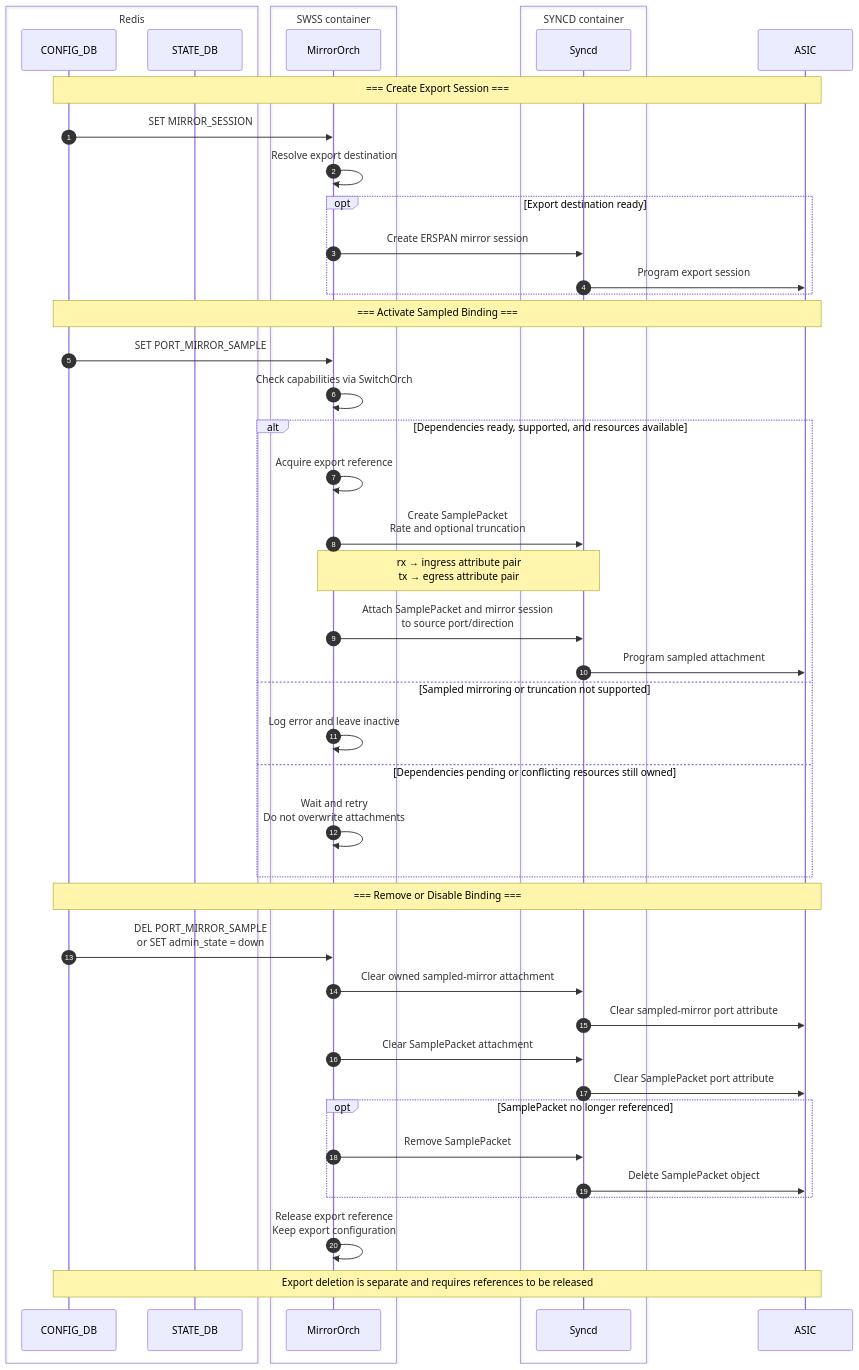
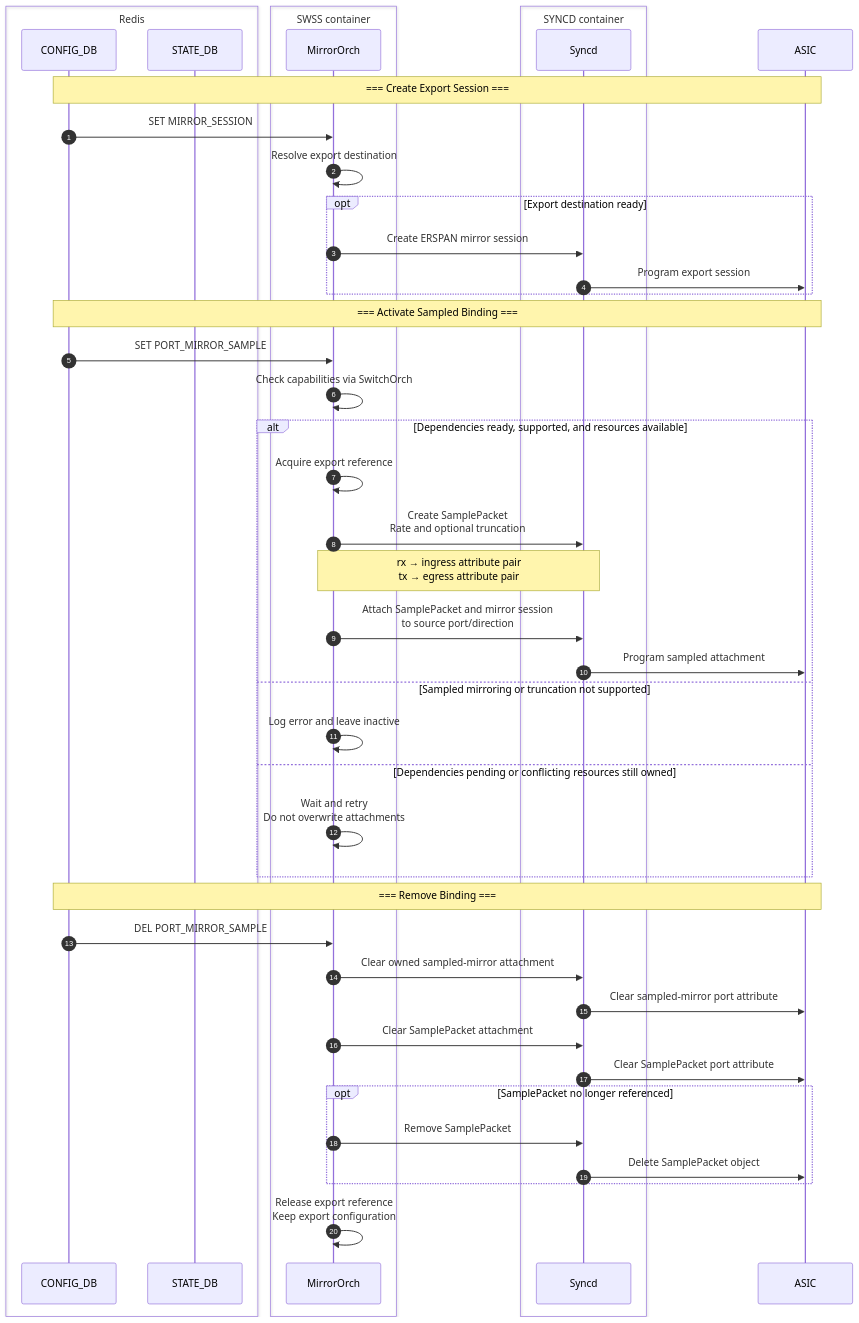
One commit to sonic-net/SONiC changed the third of 3 diagrams in doc/port-mirroring/SONiC_Port_Mirroring_HLD.md. Above: the diagram before and after it, drawn with Mermaid. The commit also changed other lines of this file, not shown here.

Commit message:
[HLD][Port Mirror] Clarify PortChannel capabilities and sampled source configuration

````diff
--- a/doc/port-mirroring/SONiC_Port_Mirroring_HLD.md
+++ b/doc/port-mirroring/SONiC_Port_Mirroring_HLD.md
@@ -816,48 +818,47 @@
 ```mermaid
 sequenceDiagram
      autonumber
      box Redis
          participant config_db as CONFIG_DB
          participant state_db as STATE_DB
      end
      box SWSS container
          participant mirror_orch as MirrorOrch
      end
      box SYNCD container
          participant syncd as Syncd
      end
      participant asic as ASIC
      Note over config_db,asic: === Create Export Session ===
      config_db ->> mirror_orch: SET MIRROR_SESSION
      mirror_orch ->> mirror_orch: Resolve export destination
      opt Export destination ready
          mirror_orch ->> syncd: Create ERSPAN mirror session
          syncd ->> asic: Program export session
      end
      Note over config_db,asic: === Activate Sampled Binding ===
      config_db ->> mirror_orch: SET PORT_MIRROR_SAMPLE
      mirror_orch ->> mirror_orch: Check capabilities via SwitchOrch
      alt Dependencies ready, supported, and resources available
          mirror_orch ->> mirror_orch: Acquire export reference
          mirror_orch ->> syncd: Create SamplePacket<br/>Rate and optional truncation
          Note over mirror_orch,syncd: rx → ingress attribute pair<br/>tx → egress attribute pair
          mirror_orch ->> syncd: Attach SamplePacket and mirror session<br/>to source port/direction
          syncd ->> asic: Program sampled attachment
      else Sampled mirroring or truncation not supported
          mirror_orch ->> mirror_orch: Log error and leave inactive
      else Dependencies pending or conflicting resources still owned
          mirror_orch ->> mirror_orch: Wait and retry<br/>Do not overwrite attachments
      end
-     Note over config_db,asic: === Remove or Disable Binding ===
-     config_db ->> mirror_orch: DEL PORT_MIRROR_SAMPLE<br/>or SET admin_state = down
+     Note over config_db,asic: === Remove Binding ===
+     config_db ->> mirror_orch: DEL PORT_MIRROR_SAMPLE
      mirror_orch ->> syncd: Clear owned sampled-mirror attachment
      syncd ->> asic: Clear sampled-mirror port attribute
      mirror_orch ->> syncd: Clear SamplePacket attachment
      syncd ->> asic: Clear SamplePacket port attribute
      opt SamplePacket no longer referenced
          mirror_orch ->> syncd: Remove SamplePacket
          syncd ->> asic: Delete SamplePacket object
      end
      mirror_orch ->> mirror_orch: Release export reference<br/>Keep export configuration
-     Note over config_db,asic: Export deletion is separate and requires references to be released
 ```
````
